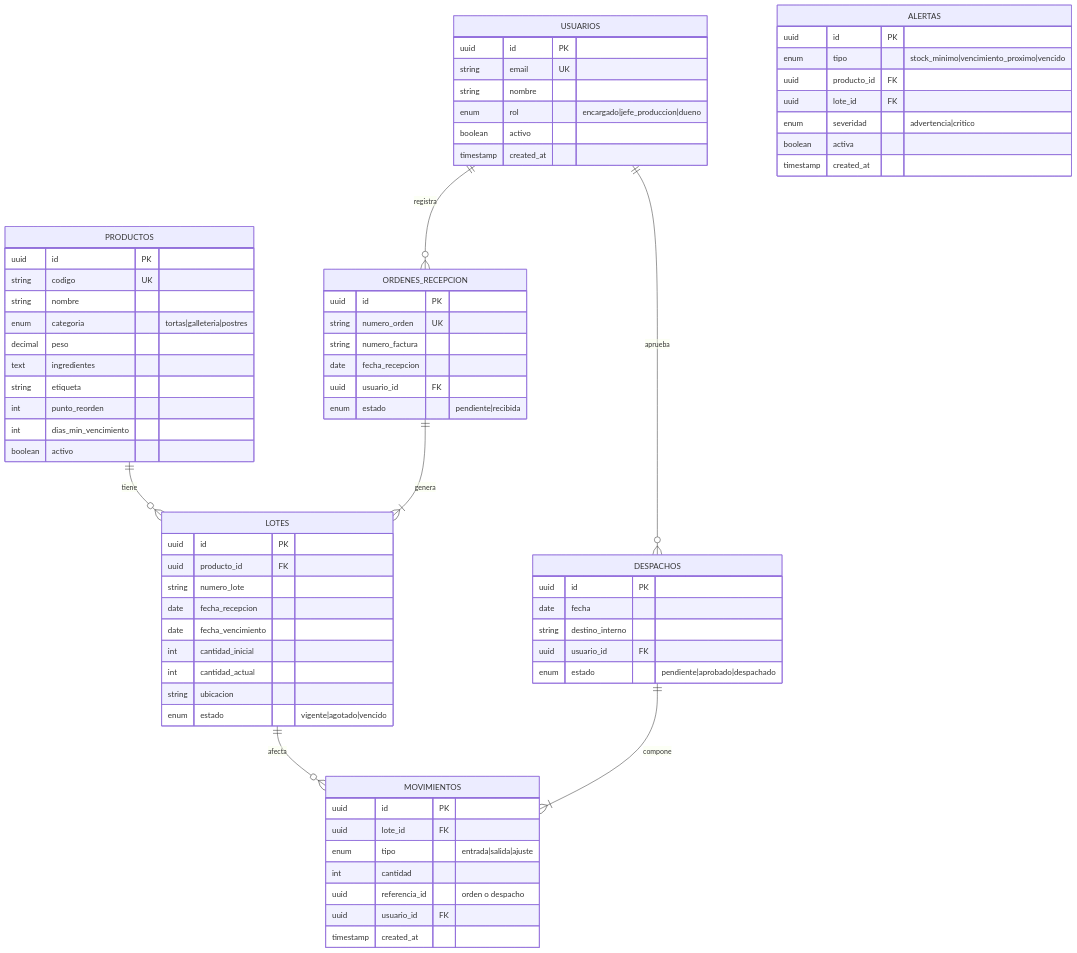
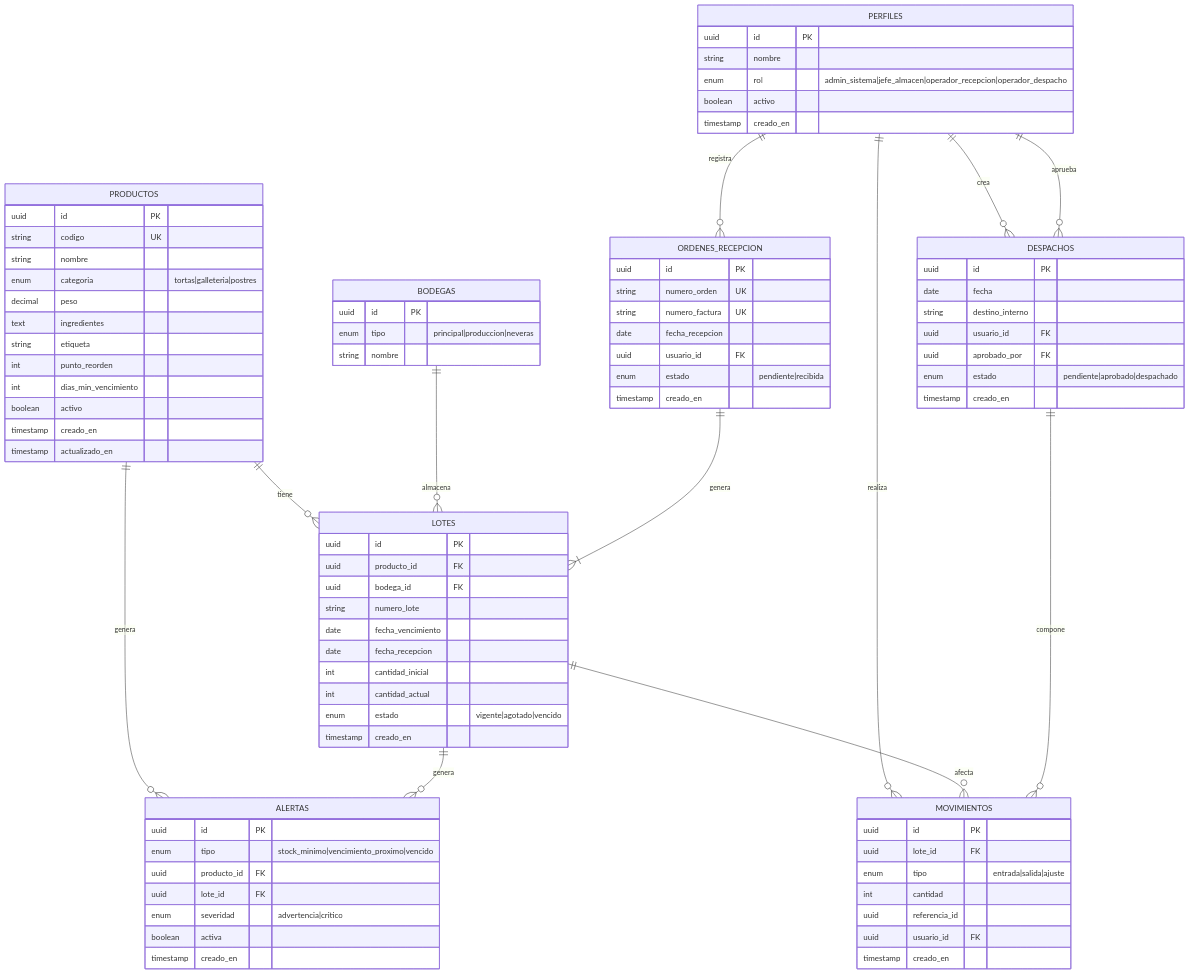
Before and after one commit to Samuel-Tabares/proyecto-nuclear: the second of 3 diagrams in docs/SGIL_documento_tecnico.md, drawn with Mermaid. The commit also changed other lines of this file and 16 other files, not shown here.

First line of the commit message:
feat(ui): Layout principal del dashboard con navegación por rol

````diff
--- a/docs/SGIL_documento_tecnico.md
+++ b/docs/SGIL_documento_tecnico.md
@@ -188,17 +204,13 @@
 ```mermaid
 erDiagram
-    USUARIOS ||--o{ ORDENES_RECEPCION : registra
-    USUARIOS ||--o{ DESPACHOS : aprueba
-    USUARIOS {
+    PERFILES {
         uuid id PK
-        string email UK
         string nombre
-        enum rol "encargado|jefe_produccion|dueno"
+        enum rol "admin_sistema|jefe_almacen|operador_recepcion|operador_despacho"
         boolean activo
-        timestamp created_at
+        timestamp creado_en
     }
 
-    PRODUCTOS ||--o{ LOTES : tiene
     PRODUCTOS {
         uuid id PK
         string codigo UK
@@ -210,38 +222,47 @@
         int punto_reorden
         int dias_min_vencimiento
         boolean activo
+        timestamp creado_en
+        timestamp actualizado_en
     }
 
-    LOTES ||--o{ MOVIMIENTOS : afecta
+    BODEGAS {
+        uuid id PK
+        enum tipo "principal|produccion|neveras"
+        string nombre
+    }
+
     LOTES {
         uuid id PK
         uuid producto_id FK
+        uuid bodega_id FK
         string numero_lote
+        date fecha_vencimiento
         date fecha_recepcion
-        date fecha_vencimiento
         int cantidad_inicial
         int cantidad_actual
-        string ubicacion
         enum estado "vigente|agotado|vencido"
+        timestamp creado_en
     }
 
-    ORDENES_RECEPCION ||--|{ LOTES : genera
     ORDENES_RECEPCION {
         uuid id PK
         string numero_orden UK
-        string numero_factura
+        string numero_factura UK
         date fecha_recepcion
         uuid usuario_id FK
         enum estado "pendiente|recibida"
+        timestamp creado_en
     }
 
-    DESPACHOS ||--|{ MOVIMIENTOS : compone
     DESPACHOS {
         uuid id PK
         date fecha
         string destino_interno
         uuid usuario_id FK
+        uuid aprobado_por FK
         enum estado "pendiente|aprobado|despachado"
+        timestamp creado_en
     }
 
     MOVIMIENTOS {
@@ -249,9 +270,9 @@
         uuid lote_id FK
         enum tipo "entrada|salida|ajuste"
         int cantidad
-        uuid referencia_id "orden o despacho"
+        uuid referencia_id
         uuid usuario_id FK
-        timestamp created_at
+        timestamp creado_en
     }
 
     ALERTAS {
@@ -261,6 +282,18 @@
         uuid lote_id FK
         enum severidad "advertencia|critico"
         boolean activa
-        timestamp created_at
+        timestamp creado_en
     }
+
+    PERFILES ||--o{ ORDENES_RECEPCION : "registra"
+    PERFILES ||--o{ DESPACHOS : "crea"
+    PERFILES ||--o{ DESPACHOS : "aprueba"
+    PERFILES ||--o{ MOVIMIENTOS : "realiza"
+    PRODUCTOS ||--o{ LOTES : "tiene"
+    PRODUCTOS ||--o{ ALERTAS : "genera"
+    BODEGAS ||--o{ LOTES : "almacena"
+    ORDENES_RECEPCION ||--|{ LOTES : "genera"
+    LOTES ||--o{ MOVIMIENTOS : "afecta"
+    LOTES ||--o{ ALERTAS : "genera"
+    DESPACHOS ||--o{ MOVIMIENTOS : "compone"
 ```
````
